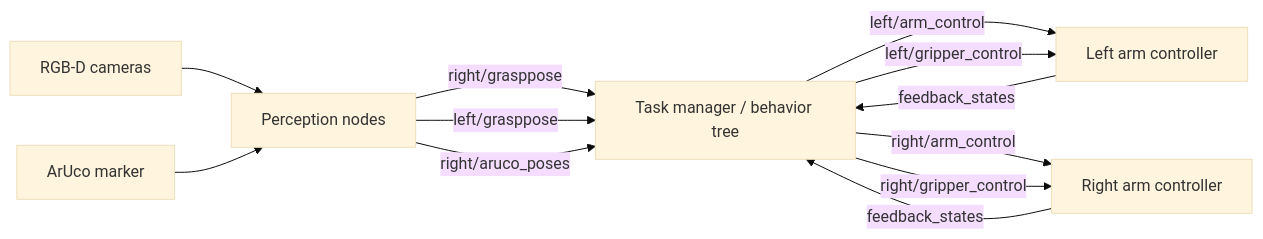
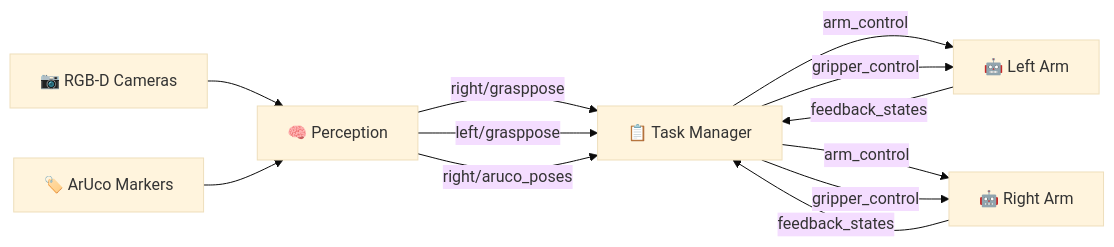
Before and after one commit to yunruiguo/Dual-Arm-Robotic-Sorting-System: the diagram in README.md, drawn with Mermaid (base theme). The commit also changed other lines of this file, not shown here.

````diff
--- a/README.md
+++ b/README.md
@@ -32,14 +67,14 @@
 ```mermaid
 flowchart LR
-    Camera["RGB-D cameras"] --> Vision["Perception nodes"]
-    Marker["ArUco marker"] --> Vision
-    Vision -->|"right/grasppose"| Task["Task manager / behavior tree"]
+    Camera["📷 RGB-D Cameras"] --> Vision["🧠 Perception"]
+    Marker["🏷️ ArUco Markers"] --> Vision
+    Vision -->|"right/grasppose"| Task["📋 Task Manager"]
     Vision -->|"left/grasppose"| Task
     Vision -->|"right/aruco_poses"| Task
-    Task -->|"left/arm_control"| Left["Left arm controller"]
-    Task -->|"left/gripper_control"| Left
-    Task -->|"right/arm_control"| Right["Right arm controller"]
-    Task -->|"right/gripper_control"| Right
+    Task -->|"arm_control"| Left["🤖 Left Arm"]
+    Task -->|"gripper_control"| Left
+    Task -->|"arm_control"| Right["🤖 Right Arm"]
+    Task -->|"gripper_control"| Right
     Left -->|"feedback_states"| Task
     Right -->|"feedback_states"| Task
 ```
````
